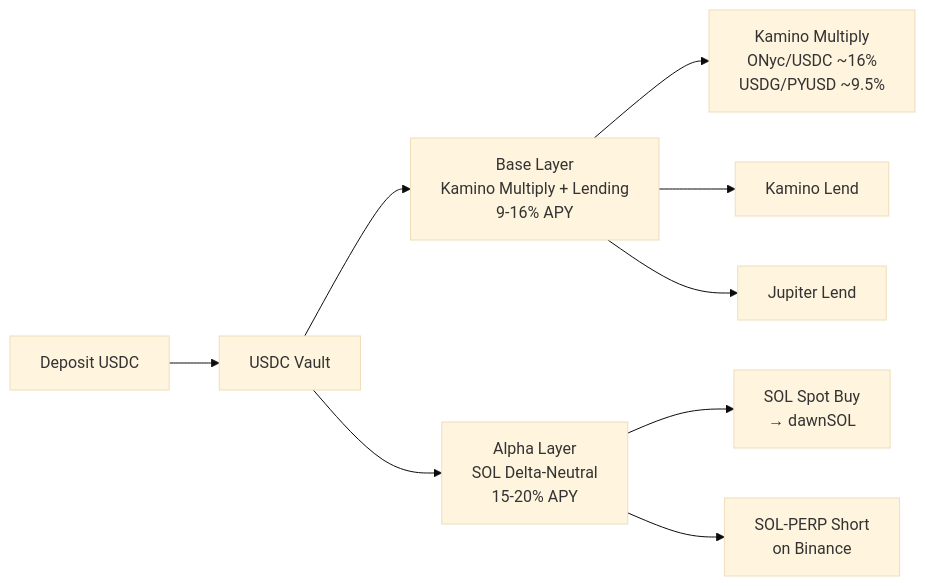
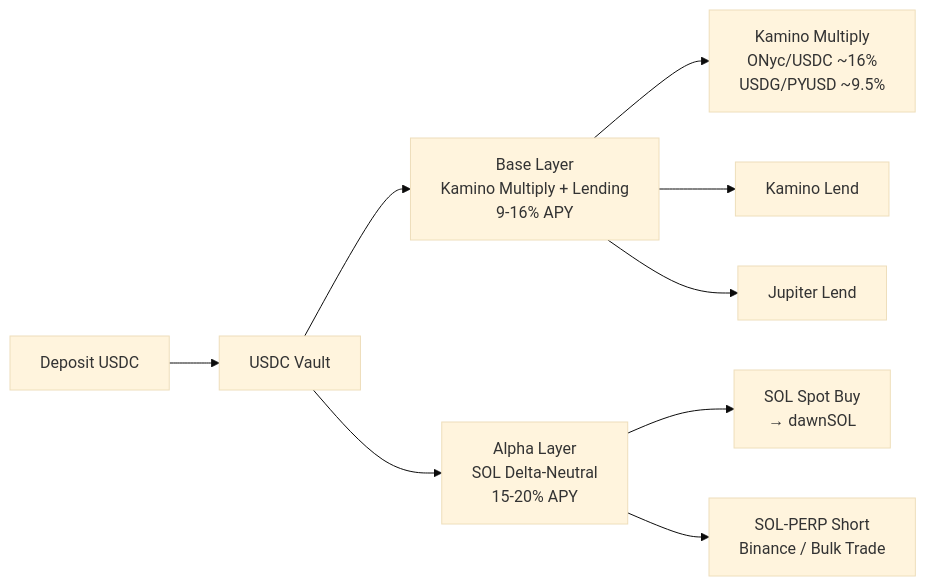
The diagram in vault/usdc-vault.md (DawnLabsTech/docs), drawn with Mermaid (base theme) before and after one commit. The commit also changed other lines of this file and 2 other files, not shown here.

Commit message:
docs: add Bulk Trade testnet integration notes

````diff
--- a/vault/usdc-vault.md
+++ b/vault/usdc-vault.md
@@ -20,11 +20,11 @@
 ```mermaid
 graph LR
     D[Deposit USDC] --> V[USDC Vault]
     V --> BL[Base Layer<br>Kamino Multiply + Lending<br>9-16% APY]
     V --> AL[Alpha Layer<br>SOL Delta-Neutral<br>15-20% APY]
     BL --> KM[Kamino Multiply<br>ONyc/USDC ~16%<br>USDG/PYUSD ~9.5%]
     BL --> KL[Kamino Lend]
     BL --> JL[Jupiter Lend]
     AL --> SP[SOL Spot Buy<br>→ dawnSOL]
-    AL --> SH[SOL-PERP Short<br>on Binance]
+    AL --> SH[SOL-PERP Short<br>Binance / Bulk Trade]
 ```
````
